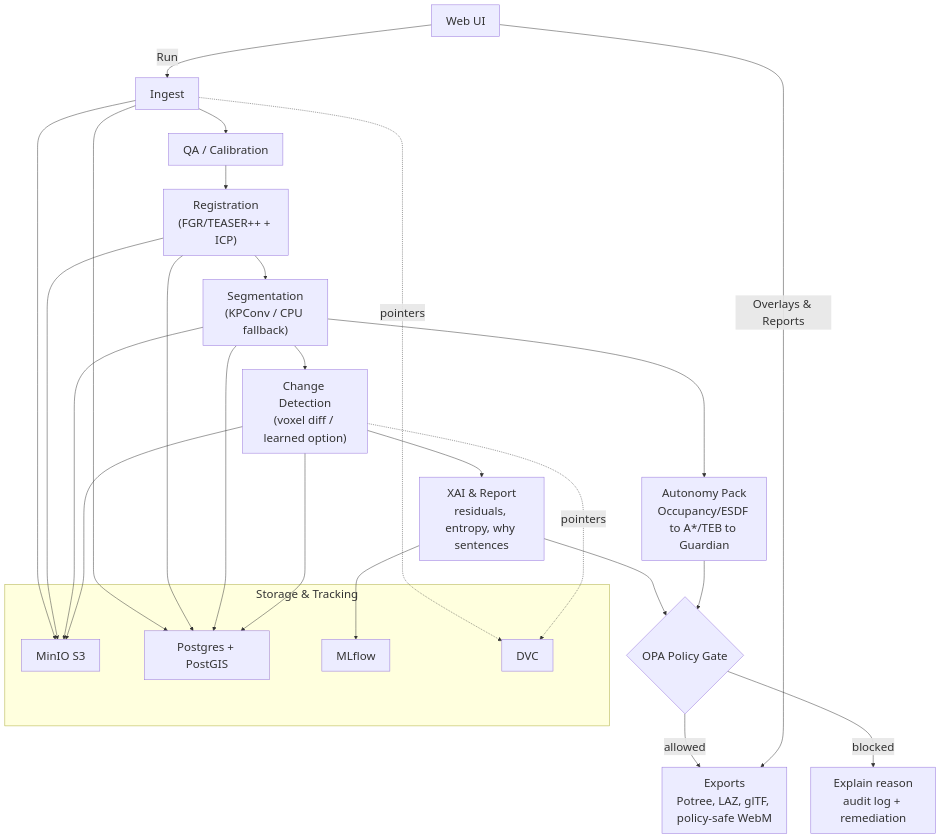
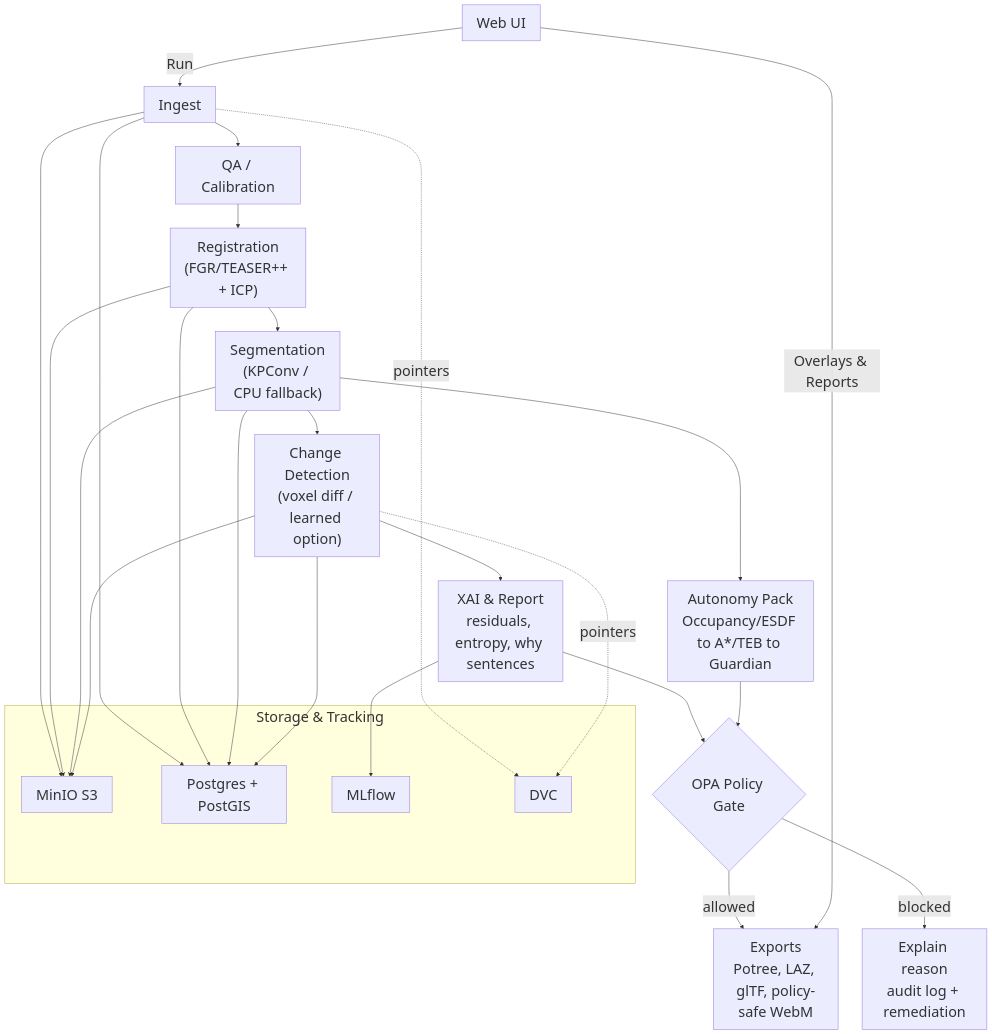
One commit to aurelius-in/RoboRouter changed the first of 2 diagrams in README.md. Above: the diagram before and after it, drawn with Mermaid. The commit also changed other lines of this file and 14 other files, not shown here.

Commit message:
Add CI workflow (lint/type/test/coverage) and dev requirements; increase Mermaid font size further.

````diff
--- a/README.md
+++ b/README.md
@@ -88,40 +88,40 @@
 ```mermaid
-%%{init: {"themeVariables": {"fontSize": "24px", "fontFamily": "Inter, Arial, sans-serif"}} }%%
+%%{init: {"themeVariables": {"fontSize": "30px", "fontFamily": "Inter, Arial, sans-serif"}} }%%
 graph TD
   U["Web UI"] -->|Run| A["Ingest"]
   A --> B["QA / Calibration"]
   B --> C["Registration\n(FGR/TEASER++ + ICP)"]
   C --> D["Segmentation\n(KPConv / CPU fallback)"]
   D --> E["Change Detection\n(voxel diff / learned option)"]
   E --> F["XAI & Report\nresiduals, entropy, why sentences"]
   F --> G{"OPA Policy Gate"}
   G -->|allowed| H["Exports\nPotree, LAZ, glTF, policy-safe WebM"]
   G -->|blocked| X["Explain reason\naudit log + remediation"]
 
   %% Optional Autonomy Pack
   D --> N["Autonomy Pack\nOccupancy/ESDF to A*/TEB to Guardian"]
   N --> G
 
   %% Storage & Tracking
   subgraph S["Storage & Tracking"]
     M["MinIO S3"]
     P["Postgres + PostGIS"]
     ML["MLflow"]
     DVC["DVC"]
   end
 
   A --> M
   C --> M
   D --> M
   E --> M
   A --> P
   C --> P
   D --> P
   E --> P
   F --> ML
   A -. pointers .-> DVC
   E -. pointers .-> DVC
 
   %% UI consumption
   U -->|Overlays & Reports| H
 ```
````
